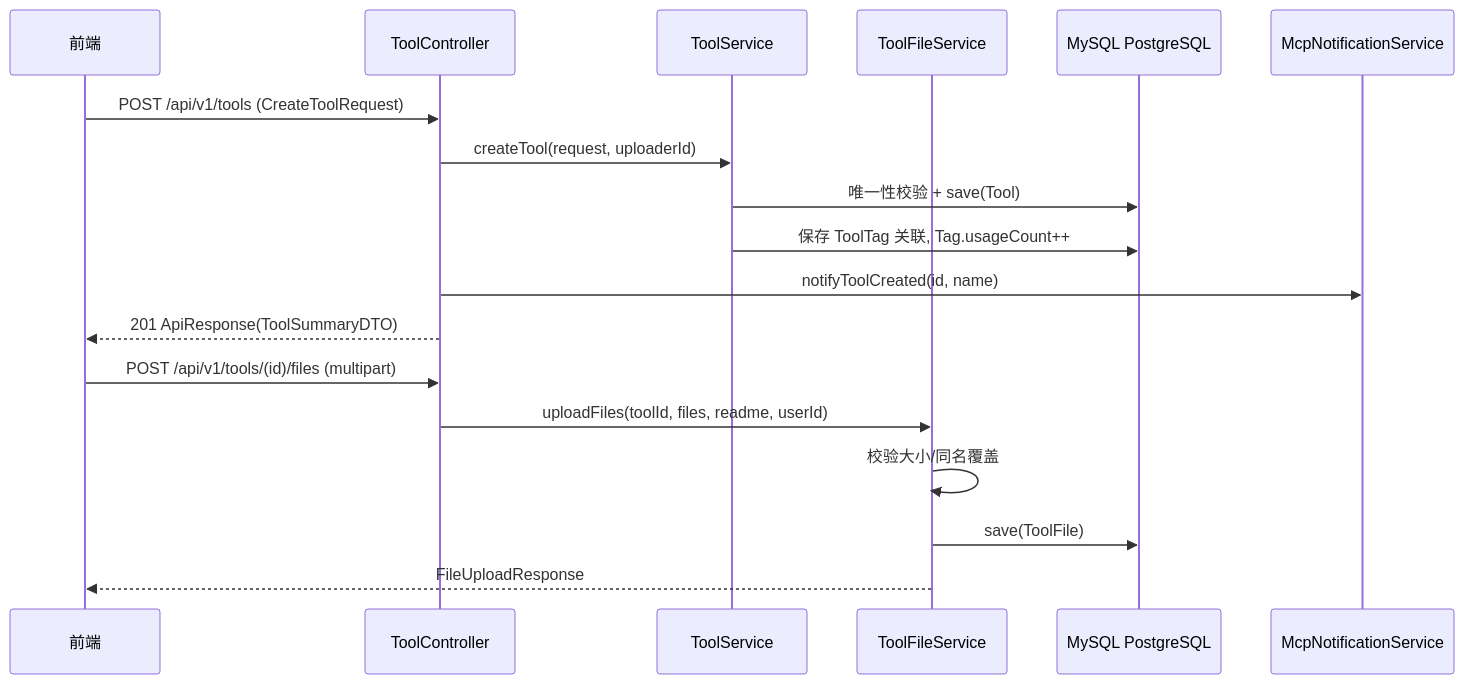
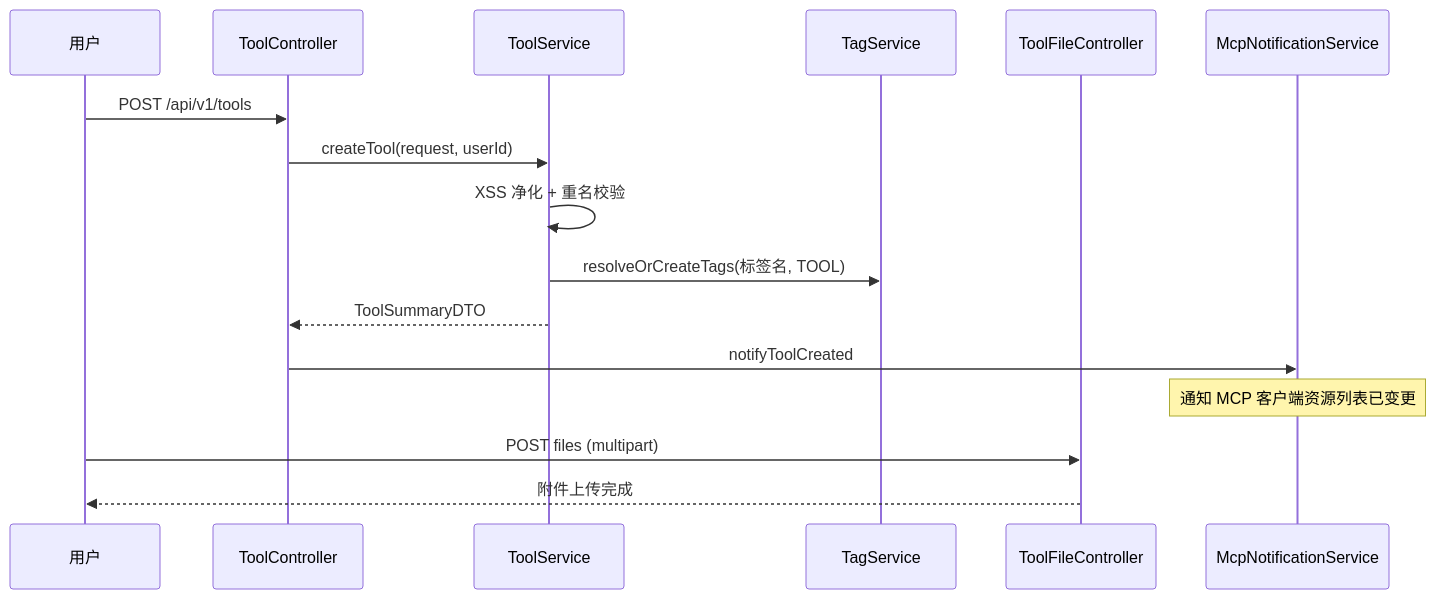
Before and after one commit to mambo-wang/CodingHub: the second of 2 diagrams in repowiki/wiki/modules/工具广场.md, drawn with Mermaid. The commit also changed other lines of this file and 59 other files, not shown here.

````diff
--- a/repowiki/wiki/modules/工具广场.md
+++ b/repowiki/wiki/modules/工具广场.md
@@ -159,20 +124,18 @@
 ```mermaid
 sequenceDiagram
-    participant FE as 前端
+    participant U as 用户
     participant TC as ToolController
     participant TS as ToolService
-    participant TFS as ToolFileService
-    participant DB as MySQL PostgreSQL
-    participant MCP as McpNotificationService
-    FE->>TC: POST /api/v1/tools (CreateToolRequest)
-    TC->>TS: createTool(request, uploaderId)
-    TS->>DB: 唯一性校验 + save(Tool)
-    TS->>DB: 保存 ToolTag 关联, Tag.usageCount++
-    TC->>MCP: notifyToolCreated(id, name)
-    TC-->>FE: 201 ApiResponse(ToolSummaryDTO)
-    FE->>TC: POST /api/v1/tools/(id)/files (multipart)
-    TC->>TFS: uploadFiles(toolId, files, readme, userId)
-    TFS->>TFS: 校验大小/同名覆盖
-    TFS->>DB: save(ToolFile)
-    TFS-->>FE: FileUploadResponse
+    participant TG as TagService
+    participant FC as ToolFileController
+    participant M as McpNotificationService
+    U->>TC: POST /api/v1/tools
+    TC->>TS: createTool(request, userId)
+    TS->>TS: XSS 净化 + 重名校验
+    TS->>TG: resolveOrCreateTags(标签名, TOOL)
+    TS-->>TC: ToolSummaryDTO
+    TC->>M: notifyToolCreated
+    Note over M: 通知 MCP 客户端资源列表已变更
+    U->>FC: POST files (multipart)
+    FC-->>U: 附件上传完成
 ```
````
